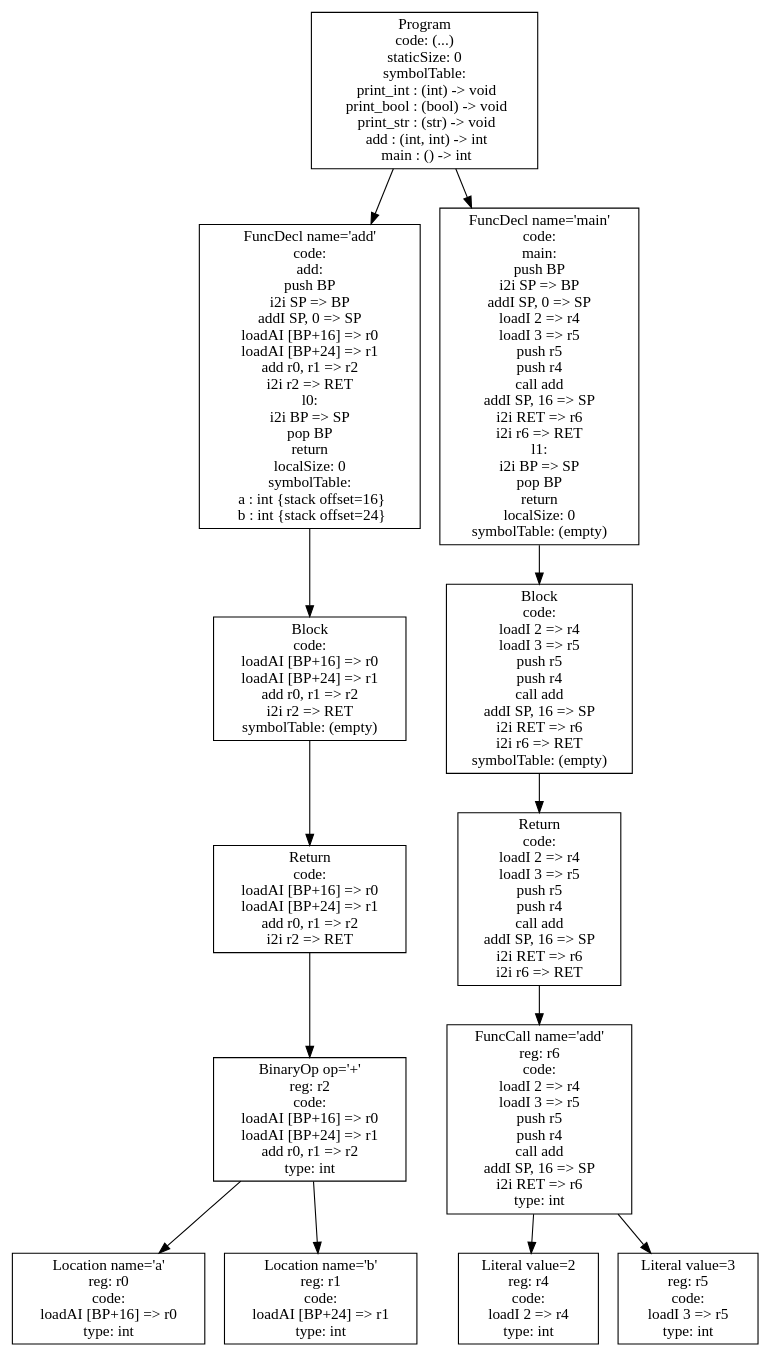
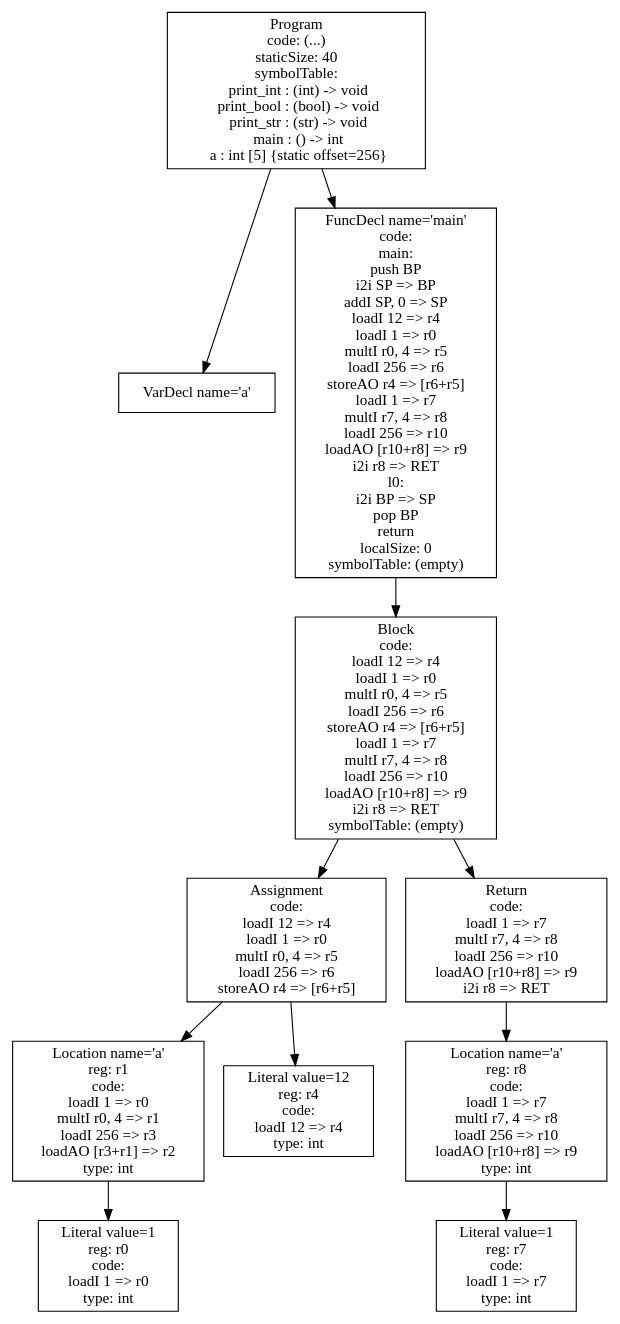
The diagram in ast.dot (ecila1011/P4), drawn with Graphviz before and after one commit. The commit also changed 8 other files, not shown here.

```diff
--- a/ast.dot
+++ b/ast.dot
@@ -1,27 +1,23 @@
 digraph AST {
-5 [shape=box, label="Location name='a'\nreg: r0\ncode: \nloadAI [BP+16] => r0\ntype: int"];
-6 [shape=box, label="Location name='b'\nreg: r1\ncode: \nloadAI [BP+24] => r1\ntype: int"];
-4 [shape=box, label="BinaryOp op='+'\nreg: r2\ncode: \nloadAI [BP+16] => r0\nloadAI [BP+24] => r1\nadd r0, r1 => r2\ntype: int"];
+1 [shape=box, label="VarDecl name='a'"];
+6 [shape=box, label="Literal value=1\nreg: r0\ncode: \nloadI 1 => r0\ntype: int"];
+5 [shape=box, label="Location name='a'\nreg: r1\ncode: \nloadI 1 => r0\nmultI r0, 4 => r1\nloadI 256 => r3\nloadAO [r3+r1] => r2\ntype: int"];
+5 -> 6;
+7 [shape=box, label="Literal value=12\nreg: r4\ncode: \nloadI 12 => r4\ntype: int"];
+4 [shape=box, label="Assignment\ncode: \nloadI 12 => r4\nloadI 1 => r0\nmultI r0, 4 => r5\nloadI 256 => r6\nstoreAO r4 => [r6+r5]"];
 4 -> 5;
-4 -> 6;
-3 [shape=box, label="Return\ncode: \nloadAI [BP+16] => r0\nloadAI [BP+24] => r1\nadd r0, r1 => r2\ni2i r2 => RET"];
+4 -> 7;
+10 [shape=box, label="Literal value=1\nreg: r7\ncode: \nloadI 1 => r7\ntype: int"];
+9 [shape=box, label="Location name='a'\nreg: r8\ncode: \nloadI 1 => r7\nmultI r7, 4 => r8\nloadI 256 => r10\nloadAO [r10+r8] => r9\ntype: int"];
+9 -> 10;
+8 [shape=box, label="Return\ncode: \nloadI 1 => r7\nmultI r7, 4 => r8\nloadI 256 => r10\nloadAO [r10+r8] => r9\ni2i r8 => RET"];
+8 -> 9;
+3 [shape=box, label="Block\ncode: \nloadI 12 => r4\nloadI 1 => r0\nmultI r0, 4 => r5\nloadI 256 => r6\nstoreAO r4 => [r6+r5]\nloadI 1 => r7\nmultI r7, 4 => r8\nloadI 256 => r10\nloadAO [r10+r8] => r9\ni2i r8 => RET\nsymbolTable: (empty)"];
 3 -> 4;
-2 [shape=box, label="Block\ncode: \nloadAI [BP+16] => r0\nloadAI [BP+24] => r1\nadd r0, r1 => r2\ni2i r2 => RET\nsymbolTable: (empty)"];
+3 -> 8;
+2 [shape=box, label="FuncDecl name='main'\ncode: \nmain:\npush BP\ni2i SP => BP\naddI SP, 0 => SP\nloadI 12 => r4\nloadI 1 => r0\nmultI r0, 4 => r5\nloadI 256 => r6\nstoreAO r4 => [r6+r5]\nloadI 1 => r7\nmultI r7, 4 => r8\nloadI 256 => r10\nloadAO [r10+r8] => r9\ni2i r8 => RET\nl0:\ni2i BP => SP\npop BP\nreturn\nlocalSize: 0\nsymbolTable: (empty)"];
 2 -> 3;
-1 [shape=box, label="FuncDecl name='add'\ncode: \nadd:\npush BP\ni2i SP => BP\naddI SP, 0 => SP\nloadAI [BP+16] => r0\nloadAI [BP+24] => r1\nadd r0, r1 => r2\ni2i r2 => RET\nl0:\ni2i BP => SP\npop BP\nreturn\nlocalSize: 0\nsymbolTable: \n  a : int {stack offset=16}\n  b : int {stack offset=24}"];
-1 -> 2;
-11 [shape=box, label="Literal value=2\nreg: r4\ncode: \nloadI 2 => r4\ntype: int"];
-12 [shape=box, label="Literal value=3\nreg: r5\ncode: \nloadI 3 => r5\ntype: int"];
-10 [shape=box, label="FuncCall name='add'\nreg: r6\ncode: \nloadI 2 => r4\nloadI 3 => r5\npush r5\npush r4\ncall add\naddI SP, 16 => SP\ni2i RET => r6\ntype: int"];
-10 -> 11;
-10 -> 12;
-9 [shape=box, label="Return\ncode: \nloadI 2 => r4\nloadI 3 => r5\npush r5\npush r4\ncall add\naddI SP, 16 => SP\ni2i RET => r6\ni2i r6 => RET"];
-9 -> 10;
-8 [shape=box, label="Block\ncode: \nloadI 2 => r4\nloadI 3 => r5\npush r5\npush r4\ncall add\naddI SP, 16 => SP\ni2i RET => r6\ni2i r6 => RET\nsymbolTable: (empty)"];
-8 -> 9;
-7 [shape=box, label="FuncDecl name='main'\ncode: \nmain:\npush BP\ni2i SP => BP\naddI SP, 0 => SP\nloadI 2 => r4\nloadI 3 => r5\npush r5\npush r4\ncall add\naddI SP, 16 => SP\ni2i RET => r6\ni2i r6 => RET\nl1:\ni2i BP => SP\npop BP\nreturn\nlocalSize: 0\nsymbolTable: (empty)"];
-7 -> 8;
-0 [shape=box, label="Program\ncode: (...)\nstaticSize: 0\nsymbolTable: \n  print_int : (int) -> void\n  print_bool : (bool) -> void\n  print_str : (str) -> void\n  add : (int, int) -> int\n  main : () -> int"];
+0 [shape=box, label="Program\ncode: (...)\nstaticSize: 40\nsymbolTable: \n  print_int : (int) -> void\n  print_bool : (bool) -> void\n  print_str : (str) -> void\n  main : () -> int\n  a : int [5] {static offset=256}"];
 0 -> 1;
-0 -> 7;
+0 -> 2;
 }
```
